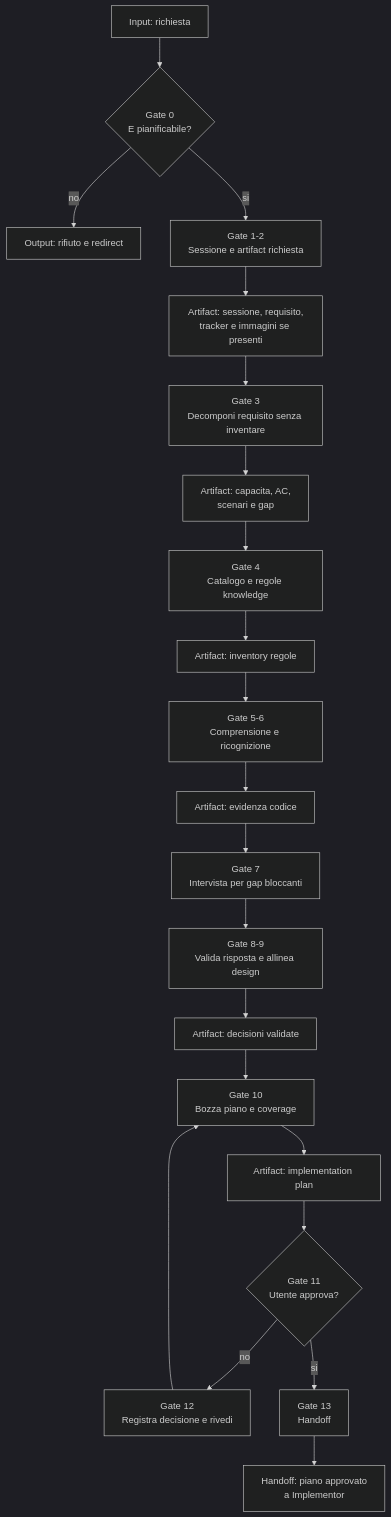
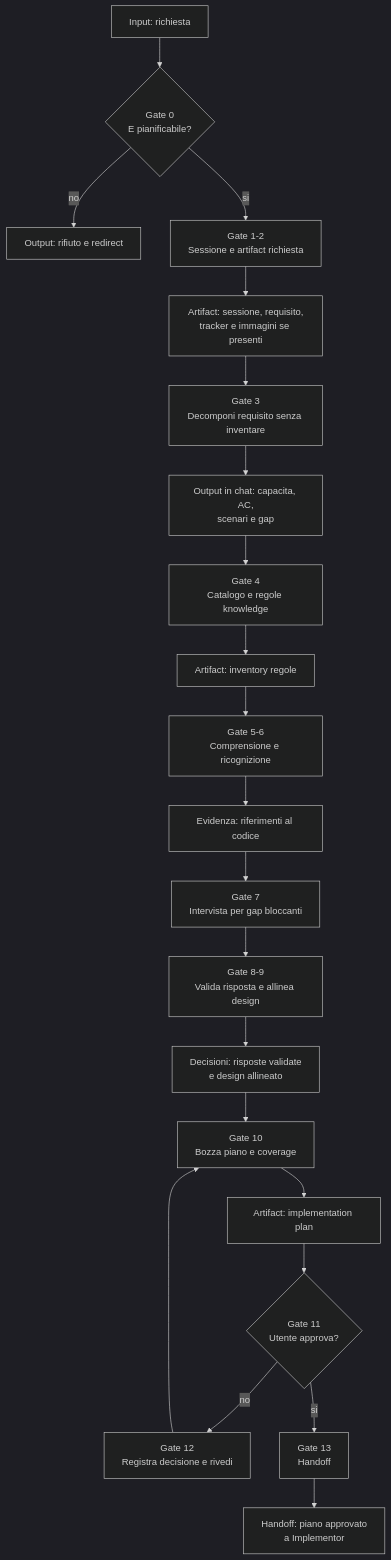
The diagram in role-maps/agents/planner.md (violabg/agentic-system-lessons), drawn with Mermaid (dark theme) before and after one commit. The commit also changed other lines of this file and 39 other files, not shown here.

````diff
--- a/role-maps/agents/planner.md
+++ b/role-maps/agents/planner.md
@@ -15,23 +15,23 @@
 ```mermaid
 flowchart TD
     Request[Input: richiesta] --> G0{Gate 0<br/>E pianificabile?}
     G0 -->|no| Refuse[Output: rifiuto e redirect]
     G0 -->|si| G1[Gate 1-2<br/>Sessione e artifact richiesta]
     G1 --> Intake[Artifact: sessione, requisito,<br/>tracker e immagini se presenti]
     Intake --> G3[Gate 3<br/>Decomponi requisito senza inventare]
-    G3 --> Requirement[Artifact: capacita, AC,<br/>scenari e gap]
+    G3 --> Requirement[Output in chat: capacita, AC,<br/>scenari e gap]
     Requirement --> G4[Gate 4<br/>Catalogo e regole knowledge]
     G4 --> Rules[Artifact: inventory regole]
     Rules --> G5G6[Gate 5-6<br/>Comprensione e ricognizione]
-    G5G6 --> Evidence[Artifact: evidenza codice]
+    G5G6 --> Evidence[Evidenza: riferimenti al codice]
     Evidence --> G7[Gate 7<br/>Intervista per gap bloccanti]
     G7 --> G8[Gate 8-9<br/>Valida risposta e allinea design]
-    G8 --> Design[Artifact: decisioni validate]
+    G8 --> Design[Decisioni: risposte validate<br/>e design allineato]
     Design --> G10[Gate 10<br/>Bozza piano e coverage]
     G10 --> Draft[Artifact: implementation plan]
     Draft --> G11{Gate 11<br/>Utente approva?}
     G11 -->|no| G12[Gate 12<br/>Registra decisione e rivedi]
     G12 --> G10
     G11 -->|si| G13[Gate 13<br/>Handoff]
     G13 --> Handoff[Handoff: piano approvato<br/>a Implementor]
 ```
````
